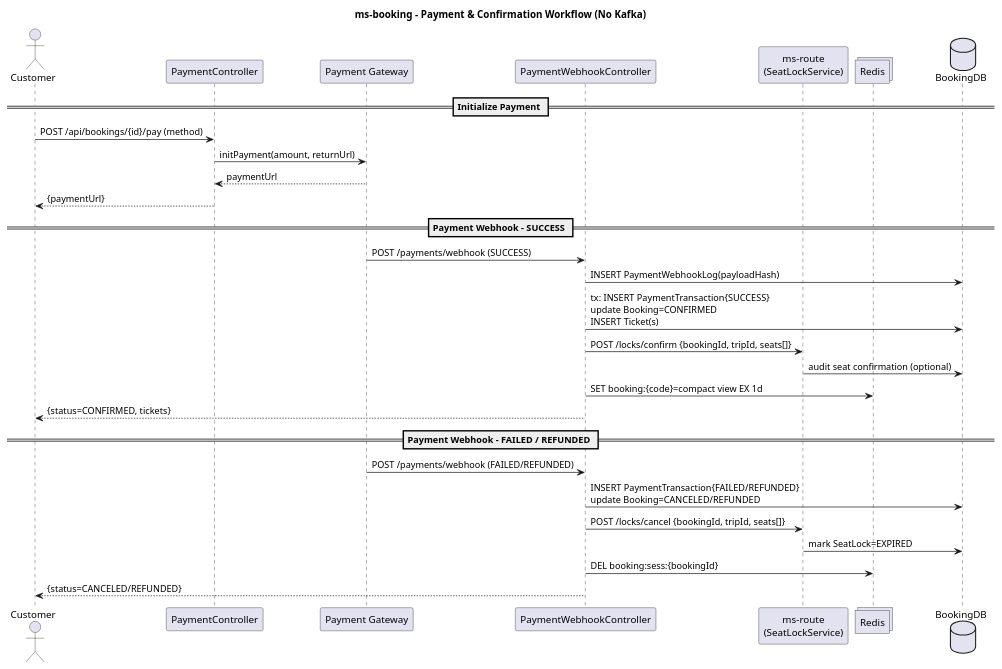
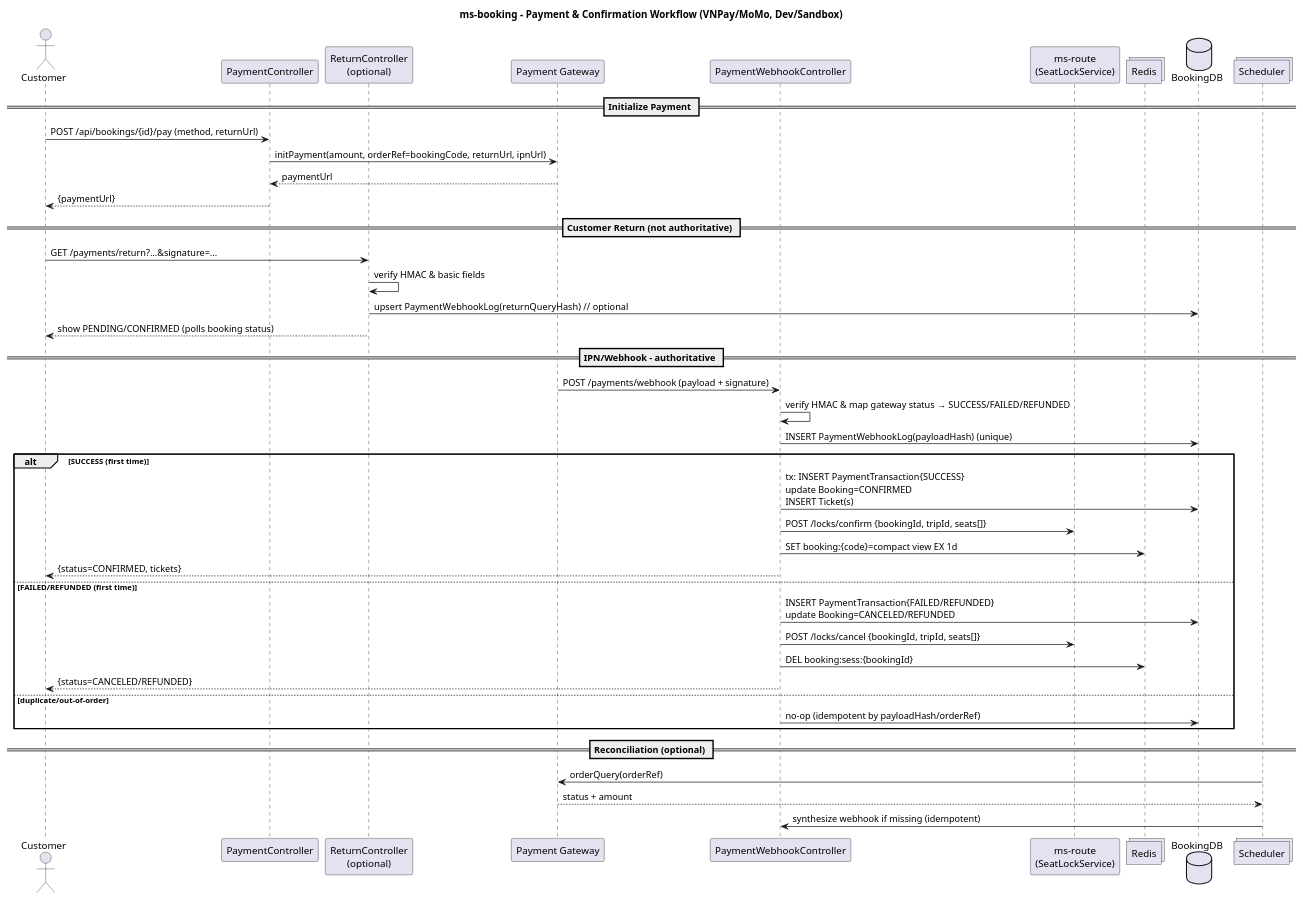
Before and after one commit to phungle2508/ridehub: the diagram in backend/ms_booking/seq/booking-payment.puml, drawn with PlantUML. The commit also changed 103 other files, not shown here.

```diff
--- a/backend/ms_booking/seq/booking-payment.puml
+++ b/backend/ms_booking/seq/booking-payment.puml
@@ -1,34 +1,48 @@
 @startuml
-title ms-booking – Payment & Confirmation Workflow (No Kafka)
+title ms-booking – Payment & Confirmation Workflow (VNPay/MoMo, Dev/Sandbox)
 
 actor Customer
 participant "PaymentController" as PAY_API
+participant "ReturnController\n(optional)" as RETURN
 participant "Payment Gateway" as GATEWAY
 participant "PaymentWebhookController" as WEBHOOK
 participant "ms-route\n(SeatLockService)" as ROUTE
 collections "Redis" as REDIS
 database "BookingDB" as BOOKDB
+collections "Scheduler" as CRON
 
 == Initialize Payment ==
-Customer -> PAY_API : POST /api/bookings/{id}/pay (method)
-PAY_API -> GATEWAY : initPayment(amount, returnUrl)
+Customer -> PAY_API : POST /api/bookings/{id}/pay (method, returnUrl)
+PAY_API -> GATEWAY : initPayment(amount, orderRef=bookingCode, returnUrl, ipnUrl)
 GATEWAY --> PAY_API : paymentUrl
 PAY_API --> Customer : {paymentUrl}
 
-== Payment Webhook – SUCCESS ==
-GATEWAY -> WEBHOOK : POST /payments/webhook (SUCCESS)
-WEBHOOK -> BOOKDB : INSERT PaymentWebhookLog(payloadHash)
-WEBHOOK -> BOOKDB : tx: INSERT PaymentTransaction{SUCCESS}\nupdate Booking=CONFIRMED\nINSERT Ticket(s)
-WEBHOOK -> ROUTE : POST /locks/confirm {bookingId, tripId, seats[]}
-ROUTE -> BOOKDB : audit seat confirmation (optional)
-WEBHOOK -> REDIS : SET booking:{code}=compact view EX 1d
-WEBHOOK --> Customer : {status=CONFIRMED, tickets}
+== Customer Return (not authoritative) ==
+Customer -> RETURN : GET /payments/return?...&signature=...
+RETURN -> RETURN : verify HMAC & basic fields
+RETURN -> BOOKDB : upsert PaymentWebhookLog(returnQueryHash)  // optional
+RETURN --> Customer : show PENDING/CONFIRMED (polls booking status)
 
-== Payment Webhook – FAILED / REFUNDED ==
-GATEWAY -> WEBHOOK : POST /payments/webhook (FAILED/REFUNDED)
-WEBHOOK -> BOOKDB : INSERT PaymentTransaction{FAILED/REFUNDED}\nupdate Booking=CANCELED/REFUNDED
-WEBHOOK -> ROUTE : POST /locks/cancel {bookingId, tripId, seats[]}
-ROUTE -> BOOKDB : mark SeatLock=EXPIRED
-WEBHOOK -> REDIS : DEL booking:sess:{bookingId}
-WEBHOOK --> Customer : {status=CANCELED/REFUNDED}
+== IPN/Webhook – authoritative ==
+GATEWAY -> WEBHOOK : POST /payments/webhook (payload + signature)
+WEBHOOK -> WEBHOOK : verify HMAC & map gateway status → SUCCESS/FAILED/REFUNDED
+WEBHOOK -> BOOKDB : INSERT PaymentWebhookLog(payloadHash) (unique)
+alt SUCCESS (first time)
+  WEBHOOK -> BOOKDB : tx: INSERT PaymentTransaction{SUCCESS}\nupdate Booking=CONFIRMED\nINSERT Ticket(s)
+  WEBHOOK -> ROUTE : POST /locks/confirm {bookingId, tripId, seats[]}
+  WEBHOOK -> REDIS : SET booking:{code}=compact view EX 1d
+  WEBHOOK --> Customer : {status=CONFIRMED, tickets}
+else FAILED/REFUNDED (first time)
+  WEBHOOK -> BOOKDB : INSERT PaymentTransaction{FAILED/REFUNDED}\nupdate Booking=CANCELED/REFUNDED
+  WEBHOOK -> ROUTE : POST /locks/cancel {bookingId, tripId, seats[]}
+  WEBHOOK -> REDIS : DEL booking:sess:{bookingId}
+  WEBHOOK --> Customer : {status=CANCELED/REFUNDED}
+else duplicate/out-of-order
+  WEBHOOK -> BOOKDB : no-op (idempotent by payloadHash/orderRef)
+end
+
+== Reconciliation (optional) ==
+CRON -> GATEWAY : orderQuery(orderRef)
+GATEWAY --> CRON : status + amount
+CRON -> WEBHOOK : synthesize webhook if missing (idempotent)
 @enduml
```
